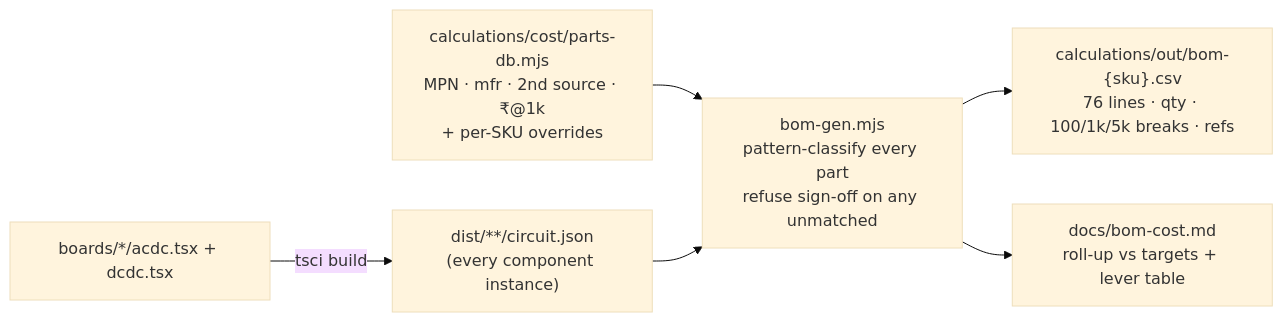
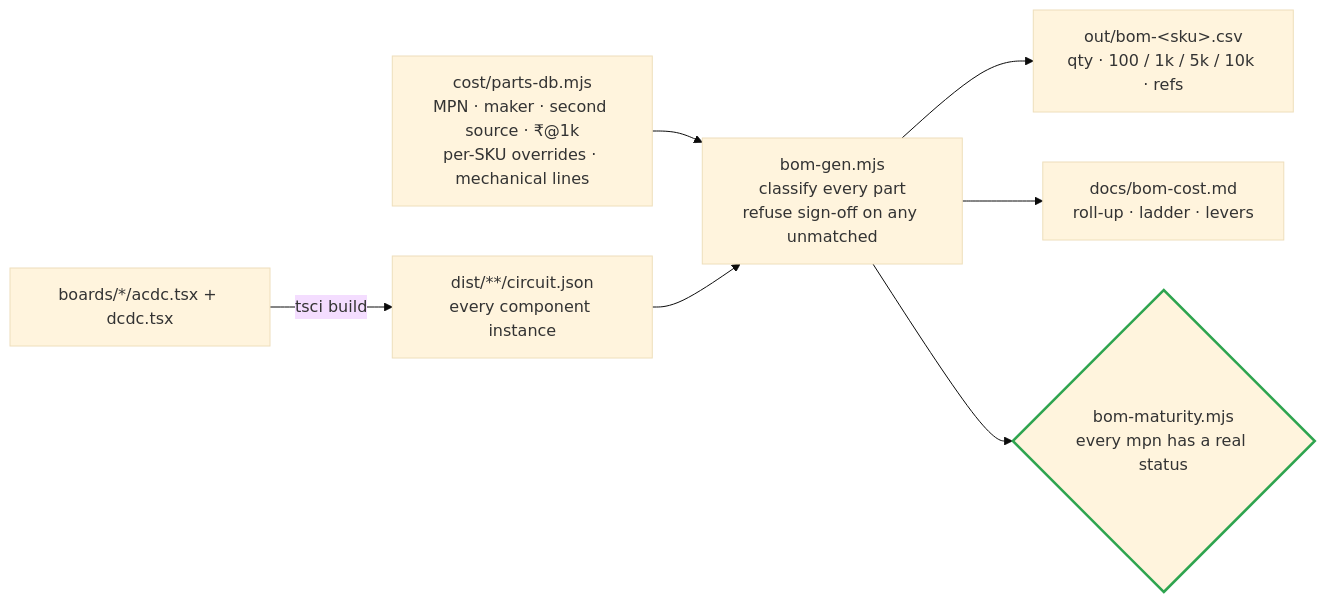
One commit to vectivolt/DC-Modules changed the first of 2 diagrams in docs/bom-guide.md. Above: the diagram before and after it, drawn with Mermaid (base theme). The commit also changed other lines of this file and 98 other files, not shown here.

````diff
--- a/docs/bom-guide.md
+++ b/docs/bom-guide.md
@@ -10,8 +23,10 @@
 ```mermaid
 flowchart LR
-  TSX["boards/*/acdc.tsx + dcdc.tsx"] -->|"tsci build"| CJ["dist/**/circuit.json<br/>(every component instance)"]
-  DB["calculations/cost/parts-db.mjs<br/>MPN · mfr · 2nd source · ₹@1k<br/>+ per-SKU overrides"] --> GEN
-  CJ --> GEN["bom-gen.mjs<br/>pattern-classify every part<br/>refuse sign-off on any unmatched"]
-  GEN --> CSV["calculations/out/bom-{sku}.csv<br/>76 lines · qty · 100/1k/5k breaks · refs"]
-  GEN --> MD["docs/bom-cost.md<br/>roll-up vs targets + lever table"]
+  TSX["boards/*/acdc.tsx + dcdc.tsx"] -->|"tsci build"| CJ["dist/**/circuit.json<br/>every component instance"]
+  DB["cost/parts-db.mjs<br/>MPN · maker · second source · ₹@1k<br/>per-SKU overrides · mechanical lines"] --> GEN
+  CJ --> GEN["bom-gen.mjs<br/>classify every part<br/>refuse sign-off on any unmatched"]
+  GEN --> CSV["out/bom-&lt;sku&gt;.csv<br/>qty · 100 / 1k / 5k / 10k · refs"]
+  GEN --> MD["docs/bom-cost.md<br/>roll-up · ladder · levers"]
+  GEN --> MAT{"bom-maturity.mjs<br/>every mpn has a real status"}
+  style MAT stroke:#2ea44f,stroke-width:2.5px
 ```
````
